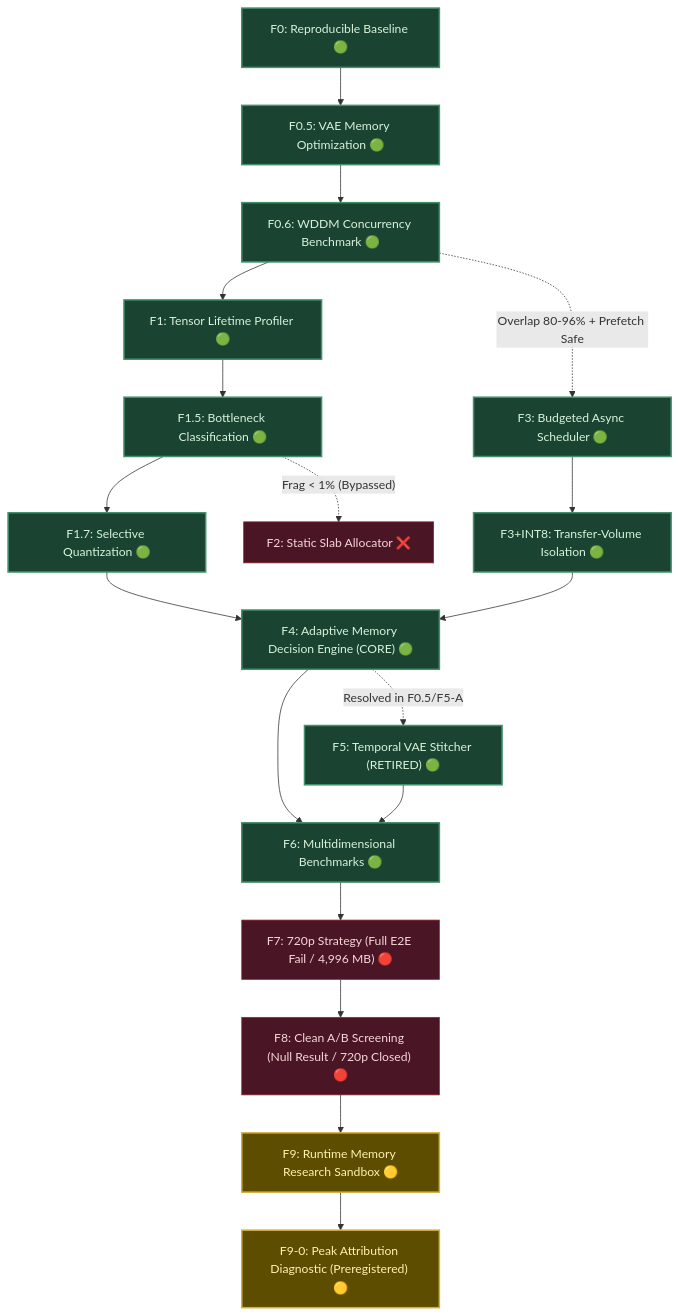
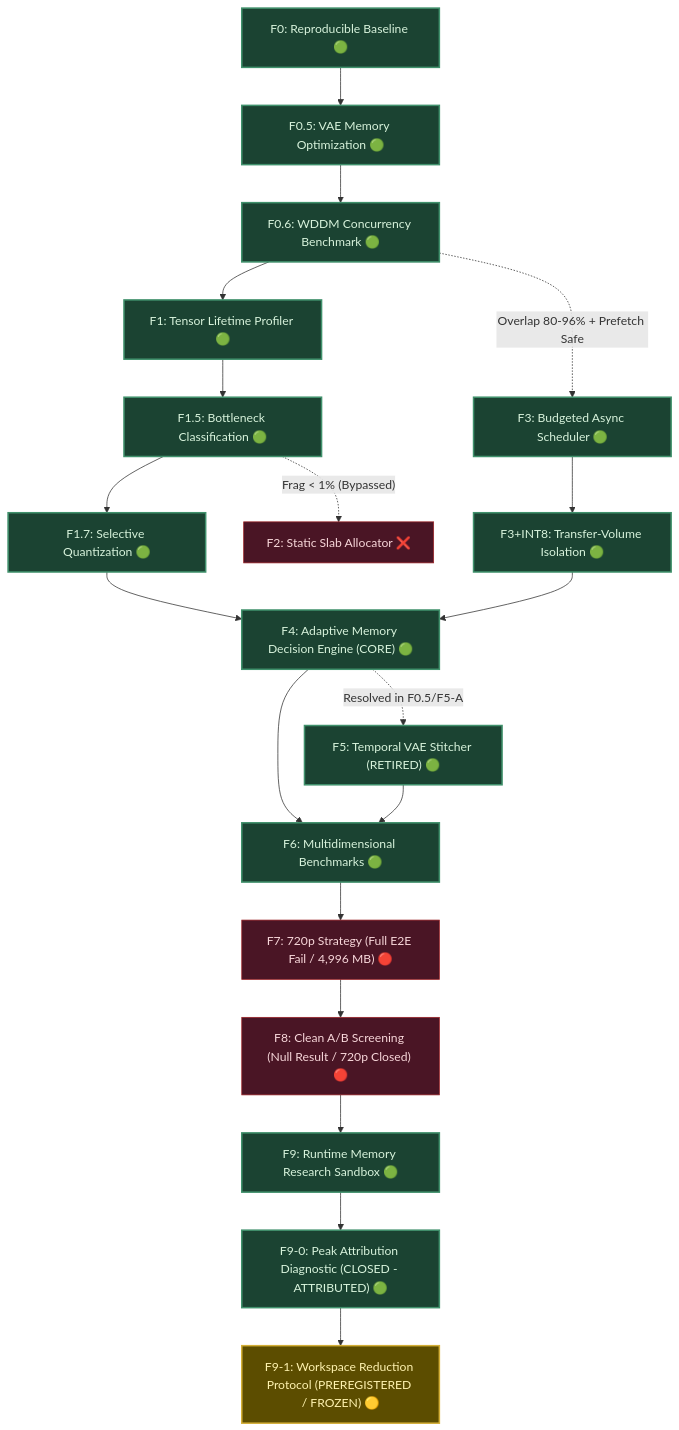
One commit to LARP/marley-adaptive-runtime changed the diagram in ROADMAP.md. Above: the diagram before and after it, drawn with Mermaid. The commit also changed other lines of this file and 1 other file, not shown here.

First line of the commit message:
docs: update README and ROADMAP for F9-0 closure and F9-1 freezing

````diff
--- a/ROADMAP.md
+++ b/ROADMAP.md
@@ -89,28 +89,29 @@
 ```mermaid
 flowchart TD
     F0["F0: Reproducible Baseline 🟢"] --> F05["F0.5: VAE Memory Optimization 🟢"]
     F05 --> F06["F0.6: WDDM Concurrency Benchmark 🟢"]
     F06 --> F1["F1: Tensor Lifetime Profiler 🟢"]
     F1 --> F15["F1.5: Bottleneck Classification 🟢"]
     F15 --> F17["F1.7: Selective Quantization 🟢"]
     F15 -.->|"Frag < 1% (Bypassed)"| F2["F2: Static Slab Allocator ❌"]
     F06 -.->|"Overlap 80-96% + Prefetch Safe"| F3["F3: Budgeted Async Scheduler 🟢"]
     F17 --> F4["F4: Adaptive Memory Decision Engine (CORE) 🟢"]
     F3 --> F3I8["F3+INT8: Transfer-Volume Isolation 🟢"] --> F4
     F4 -.->|"Resolved in F0.5/F5-A"| F5["F5: Temporal VAE Stitcher (RETIRED) 🟢"]
     F4 --> F6["F6: Multidimensional Benchmarks 🟢"]
     F5 --> F6
     F6 --> F7["F7: 720p Strategy (Full E2E Fail / 4,996 MB) 🔴"]
     F7 --> F8["F8: Clean A/B Screening (Null Result / 720p Closed) 🔴"]
-    F8 --> F9["F9: Runtime Memory Research Sandbox 🟡"]
-    F9 --> F90["F9-0: Peak Attribution Diagnostic (Preregistered) 🟡"]
+    F8 --> F9["F9: Runtime Memory Research Sandbox 🟢"]
+    F9 --> F90["F9-0: Peak Attribution Diagnostic (CLOSED - ATTRIBUTED) 🟢"]
+    F90 --> F91["F9-1: Workspace Reduction Protocol (PREREGISTERED / FROZEN) 🟡"]
 
     classDef pass fill:#1b4332,stroke:#40916c,stroke-width:2px,color:#d8f3dc;
     classDef inprog fill:#5c4d00,stroke:#d4af37,stroke-width:2px,color:#fff3b0;
     classDef bypass fill:#4a1525,stroke:#9b2226,stroke-width:1px,color:#f8d7da;
     class F0,F05,F06,F1,F15,F17,F3 pass;
-    class F3I8,F4,F5,F6 pass;
+    class F3I8,F4,F5,F6,F9,F90 pass;
     class F7,F8 bypass;
     class F2 bypass;
-    class F9,F90 inprog;
+    class F91 inprog;
 ```
````
